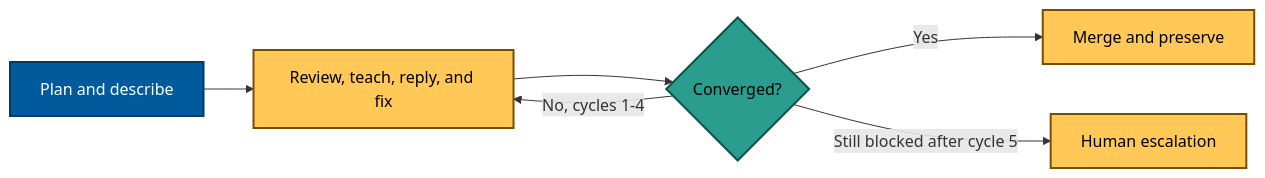
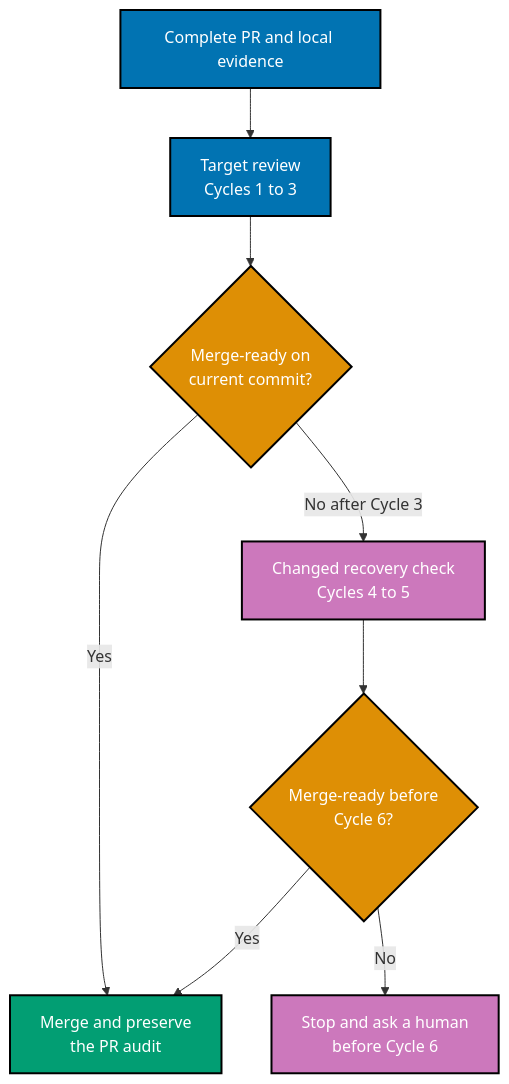
The first of 3 diagrams in plans/in-progress/optimize-pr-process/tech-docs.md (wahidyankf/open-sharia-fintech), drawn with Mermaid before and after one commit. The commit also changed other lines of this file and 3 other files, not shown here.

````diff
--- a/plans/in-progress/optimize-pr-process/tech-docs.md
+++ b/plans/in-progress/optimize-pr-process/tech-docs.md
@@ -11,14 +17,17 @@
 ```mermaid
-flowchart LR
-    P[Plan and describe] --> R[Review, teach, reply, and fix]
-    R --> G{Converged?}
-    G -->|Yes| M[Merge and preserve]
-    G -->|No, cycles 1-4| R
-    G -->|Still blocked after cycle 5| H[Human escalation]
-    classDef source fill:#005A9C,color:#FFFFFF,stroke:#003B66,stroke-width:2px
-    classDef step fill:#FFC857,color:#000000,stroke:#7A4E00,stroke-width:2px
-    classDef decision fill:#2A9D8F,color:#000000,stroke:#0B5345,stroke-width:2px
-    class P source
-    class R,M,H step
-    class G decision
+%% Color Palette: Blue #0173B2, Orange #DE8F05, Teal #029E73, Purple #CC78BC
+flowchart TD
+    accTitle: Bounded pull request review
+    accDescr: The normal target is one to three cycles. Cycles four and five use a changed recovery check. The agent stops before cycle six and asks a human only if still blocked.
+    P["Complete PR and local evidence"]:::blue --> N["Target review<br/>Cycles 1 to 3"]:::blue
+    N --> D{"Merge-ready on<br/>current commit?"}:::orange
+    D -->|Yes| M["Merge and preserve<br/>the PR audit"]:::teal
+    D -->|No after Cycle 3| R["Changed recovery check<br/>Cycles 4 to 5"]:::purple
+    R --> E{"Merge-ready before<br/>Cycle 6?"}:::orange
+    E -->|Yes| M
+    E -->|No| H["Stop and ask a human<br/>before Cycle 6"]:::purple
+    classDef blue fill:#0173B2,stroke:#000000,color:#FFFFFF,stroke-width:2px
+    classDef orange fill:#DE8F05,stroke:#000000,color:#FFFFFF,stroke-width:2px
+    classDef teal fill:#029E73,stroke:#000000,color:#FFFFFF,stroke-width:2px
+    classDef purple fill:#CC78BC,stroke:#000000,color:#FFFFFF,stroke-width:2px
 ```
````
